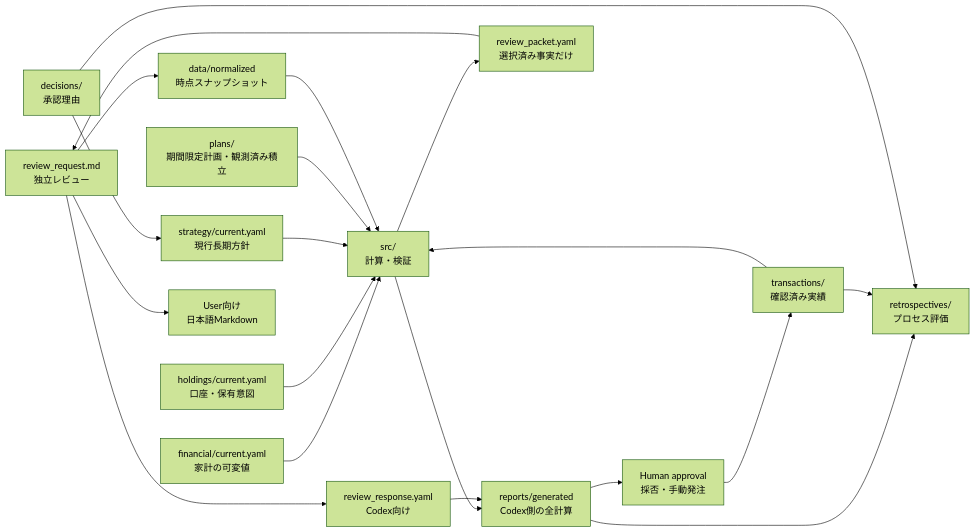
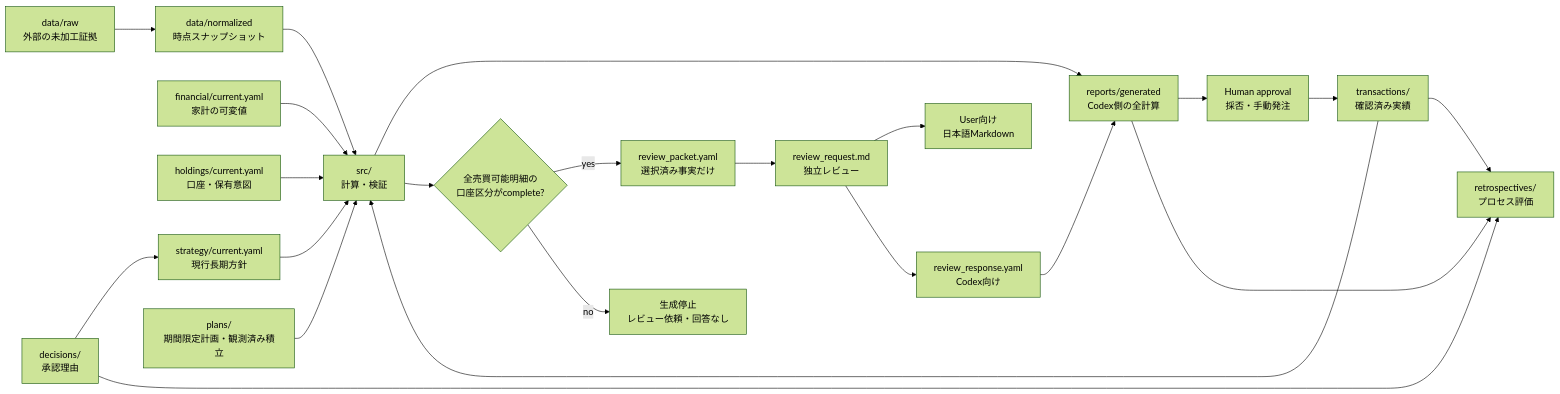
Before and after one commit to tpyosh/dip-buy-engine: the diagram in docs/architecture.md, drawn with Mermaid (forest theme). The commit also changed other lines of this file and 49 other files, not shown here.

````diff
--- a/docs/architecture.md
+++ b/docs/architecture.md
@@ -5,22 +5,24 @@
 ```mermaid
 flowchart LR
-    R["data/raw<br/>外部の未加工証拠"] --> N["data/normalized<br/>時点スナップショット"]
+    RAW["data/raw<br/>外部の未加工証拠"] --> N["data/normalized<br/>時点スナップショット"]
     F["financial/current.yaml<br/>家計の可変値"] --> C
     M["holdings/current.yaml<br/>口座・保有意図"] --> C
     S["strategy/current.yaml<br/>現行長期方針"] --> C["src/<br/>計算・検証"]
     P["plans/<br/>期間限定計画・観測済み積立"] --> C
     N --> C
     T["transactions/<br/>確認済み実績"] --> C
     C --> G["reports/generated<br/>Codex側の全計算"]
-    C --> Q["review_packet.yaml<br/>選択済み事実だけ"]
-    Q --> R["review_request.md<br/>独立レビュー"]
-    R --> U["User向け<br/>日本語Markdown"]
-    R --> Y["review_response.yaml<br/>Codex向け"]
+    C --> A{"全売買可能明細の<br/>口座区分がcomplete?"}
+    A -->|yes| Q["review_packet.yaml<br/>選択済み事実だけ"]
+    A -->|no| B["生成停止<br/>レビュー依頼・回答なし"]
+    Q --> REQ["review_request.md<br/>独立レビュー"]
+    REQ --> U["User向け<br/>日本語Markdown"]
+    REQ --> Y["review_response.yaml<br/>Codex向け"]
     Y --> G
     G --> H["Human approval<br/>採否・手動発注"]
     H --> T
     D["decisions/<br/>承認理由"] --> S
     G --> X["retrospectives/<br/>プロセス評価"]
     T --> X
     D --> X
 ```
````
